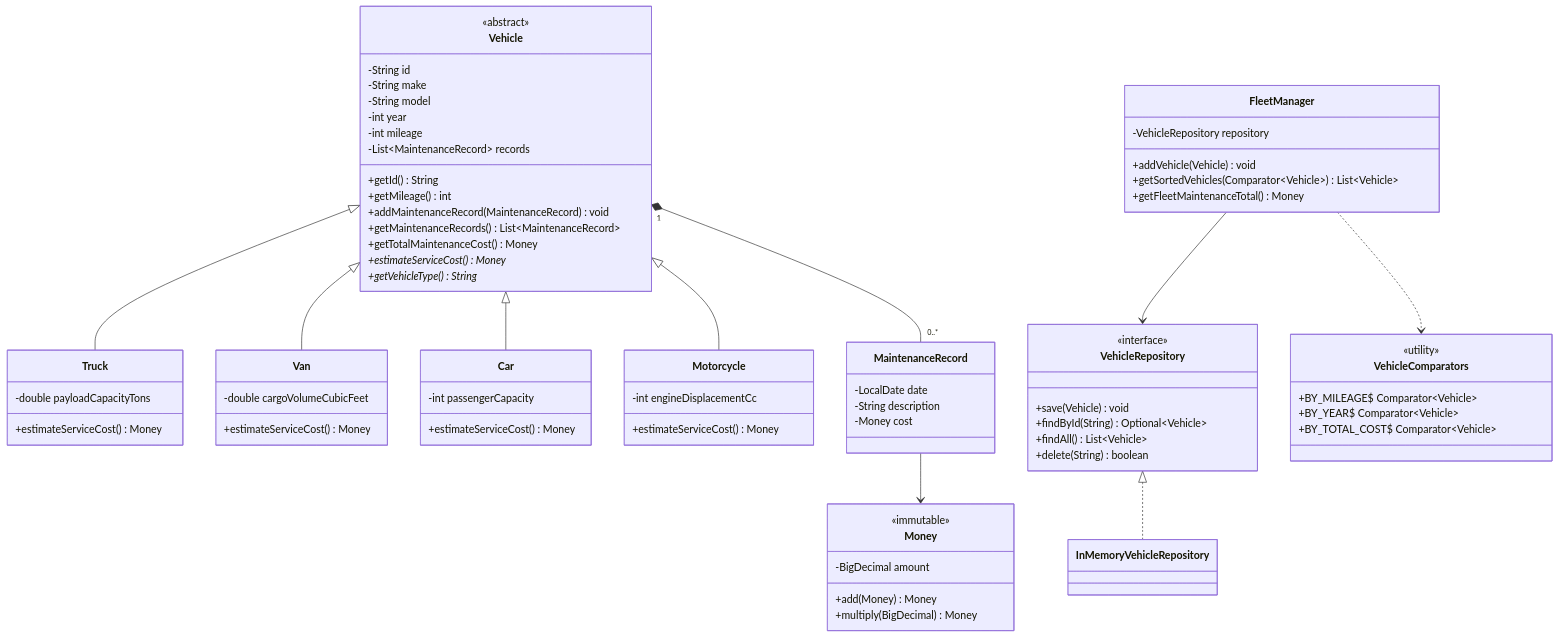
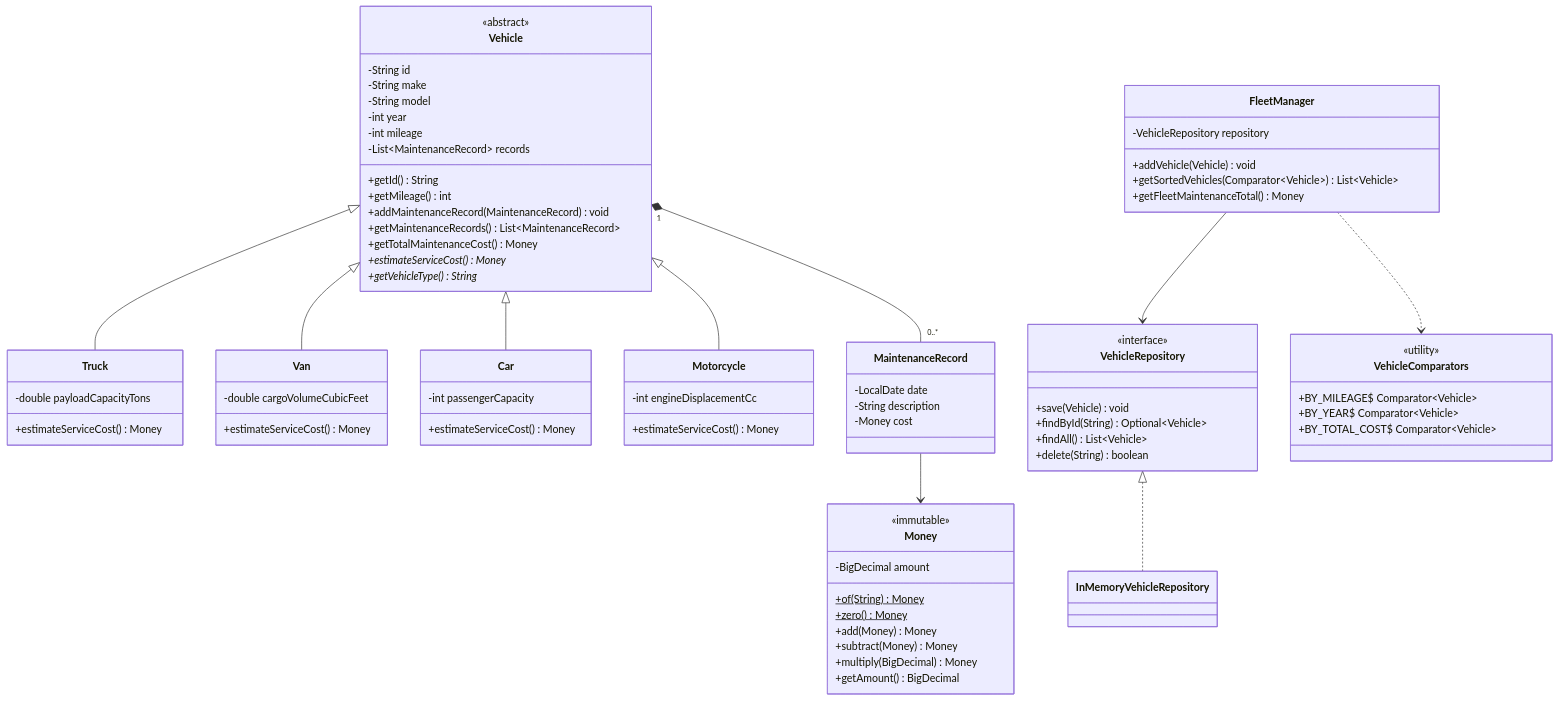
Before and after one commit to ebogle2/terminal-fleet-tracker: the second of 2 diagrams in README.md, drawn with Mermaid. The commit also changed other lines of this file and 3 other files, not shown here.

```diff
--- a/README.md
+++ b/README.md
@@ -109,8 +109,12 @@
     class Money {
         <<immutable>>
         -BigDecimal amount
+        +of(String)$ Money
+        +zero()$ Money
         +add(Money) Money
+        +subtract(Money) Money
         +multiply(BigDecimal) Money
+        +getAmount() BigDecimal
     }
 
     class VehicleRepository {
```
